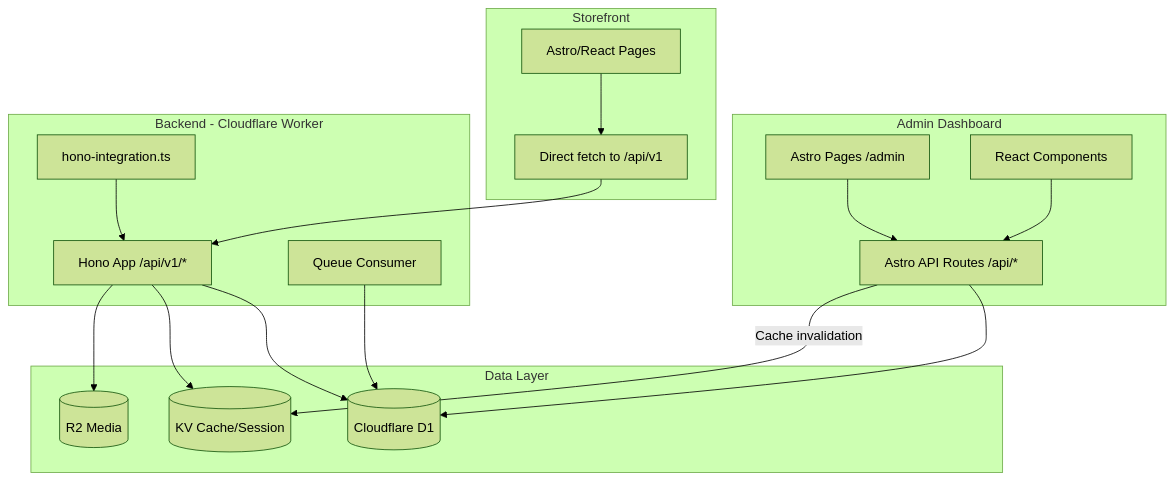
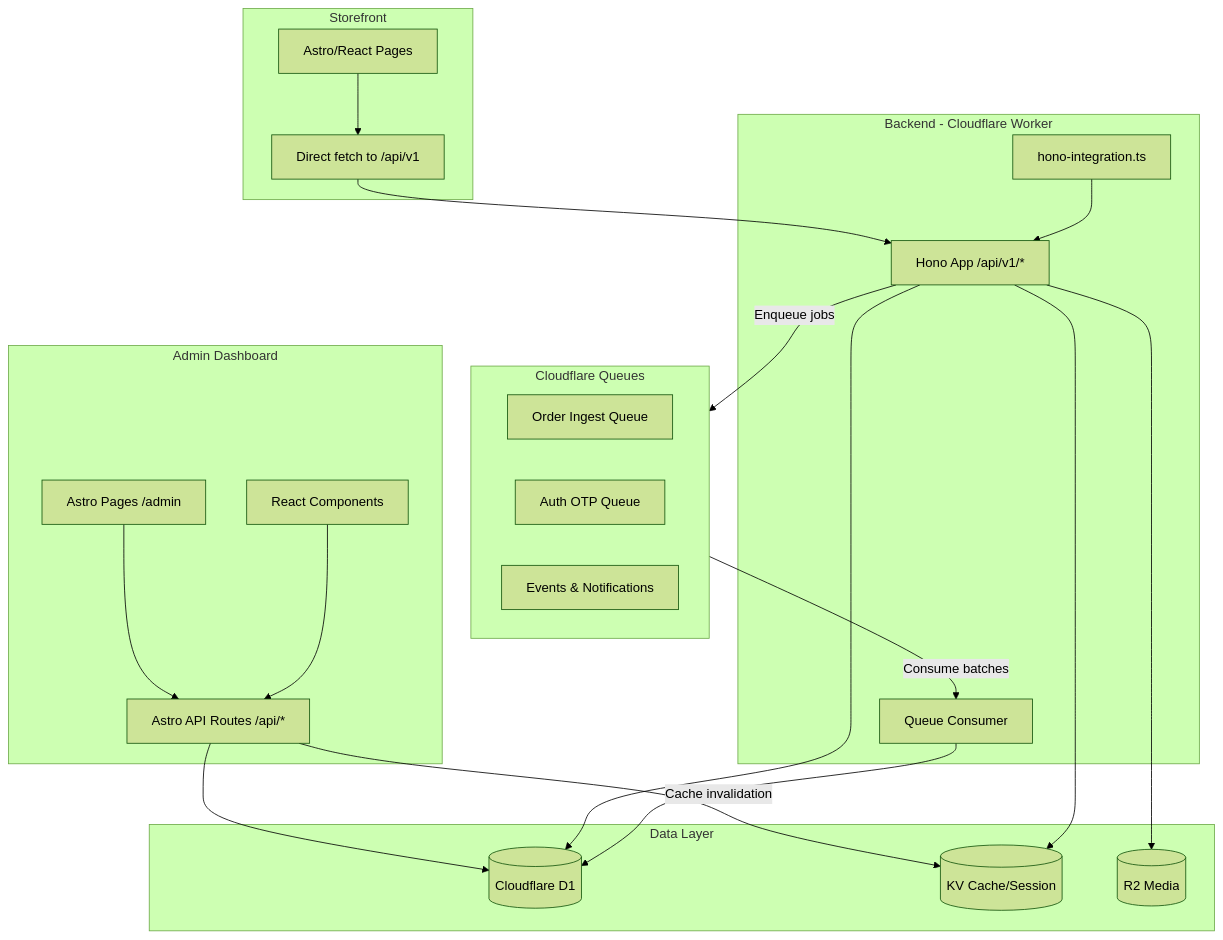
One commit to scaliuslabs/scalius-commerce-lite changed the diagram in README.MD. Above: the diagram before and after it, drawn with Mermaid (forest theme). The commit also changed other lines of this file, not shown here.

Commit message:
docs: add auth and ingest queues to architecture overview
Documents the new AUTH_OTP_QUEUE and ORDER_INGEST_QUEUE in the Cloudflare bindings table and Queues summary section. Updates Mermaid diagram to visually include queues.

````diff
--- a/README.MD
+++ b/README.MD
@@ -97,37 +97,45 @@
 ```mermaid
 flowchart TB
     subgraph Admin [Admin Dashboard]
         AdminPages[Astro Pages /admin]
         AdminComponents[React Components]
         AdminAPI[Astro API Routes /api/*]
     end
 
     subgraph Storefront [Storefront]
         StorefrontPages[Astro/React Pages]
         StorefrontAPI[Direct fetch to /api/v1]
     end
 
     subgraph Backend [Backend - Cloudflare Worker]
         HonoApp[Hono App /api/v1/*]
         AstroIntegration[hono-integration.ts]
         QueueConsumer[Queue Consumer]
     end
 
+    subgraph Queues [Cloudflare Queues]
+        OrderQueue[Order Ingest Queue]
+        AuthOTPQueue[Auth OTP Queue]
+        NotificationQueue[Events & Notifications]
+    end
+
     subgraph Data [Data Layer]
         D1[(Cloudflare D1)]
         KV[(KV Cache/Session)]
         R2[(R2 Media)]
     end
 
     AdminPages --> AdminAPI
     AdminComponents --> AdminAPI
     AdminAPI --> D1
     AdminAPI -->|Cache invalidation| KV
     StorefrontPages --> StorefrontAPI
     StorefrontAPI --> HonoApp
     AstroIntegration --> HonoApp
     HonoApp --> D1
     HonoApp --> KV
     HonoApp --> R2
+    HonoApp -->|Enqueue jobs| Queues
+    Queues -->|Consume batches| QueueConsumer
     QueueConsumer --> D1
 ```
````
